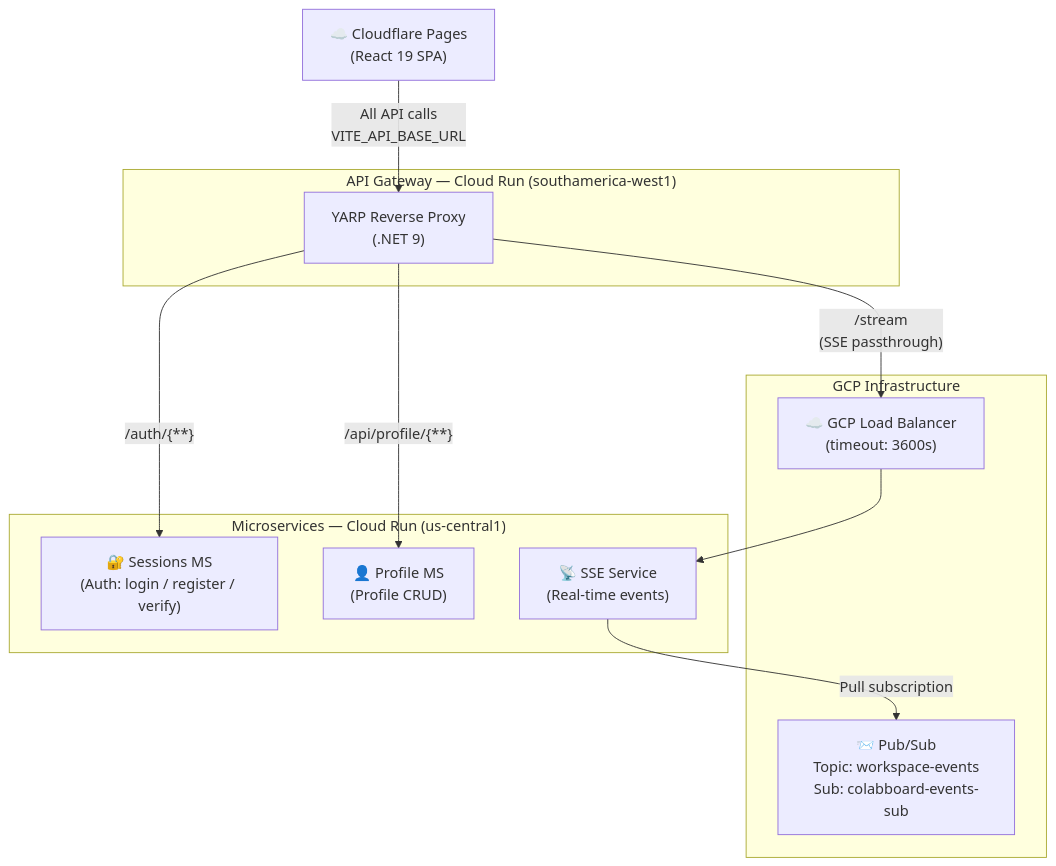
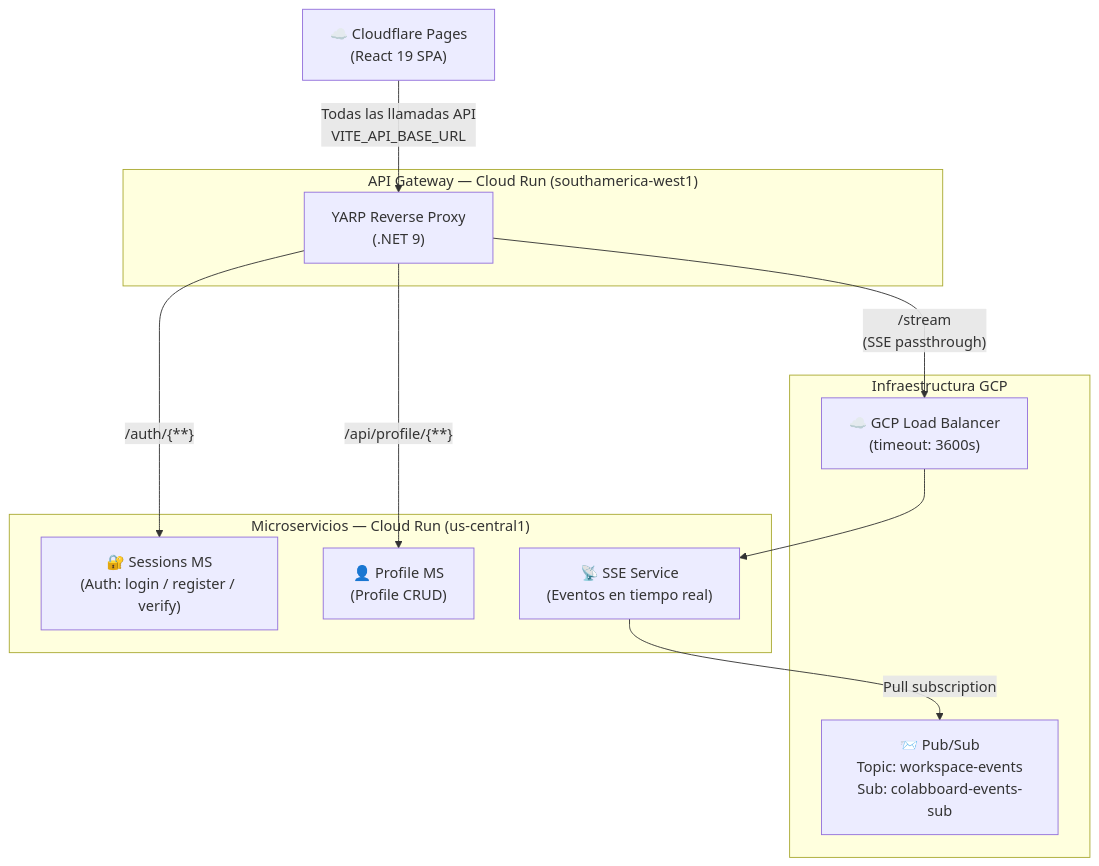
One commit to jlizarazoa/ColabBoard_Docs changed the first of 2 diagrams in docs/overview/architecture.md. Above: the diagram before and after it, drawn with Mermaid. The commit also changed other lines of this file and 29 other files, not shown here.

````diff
--- a/docs/overview/architecture.md
+++ b/docs/overview/architecture.md
@@ -13,26 +13,26 @@
 ```mermaid
 graph TB
     CF["☁️ Cloudflare Pages\n(React 19 SPA)"]
 
     subgraph GW["API Gateway — Cloud Run (southamerica-west1)"]
         YARP["YARP Reverse Proxy\n(.NET 9)"]
     end
 
-    subgraph Services["Microservices — Cloud Run (us-central1)"]
+    subgraph Services["Microservicios — Cloud Run (us-central1)"]
         SessionsMS["🔐 Sessions MS\n(Auth: login / register / verify)"]
         ProfileMS["👤 Profile MS\n(Profile CRUD)"]
-        SSEService["📡 SSE Service\n(Real-time events)"]
+        SSEService["📡 SSE Service\n(Eventos en tiempo real)"]
     end
 
-    subgraph GCP["GCP Infrastructure"]
+    subgraph GCP["Infraestructura GCP"]
         PubSub["📨 Pub/Sub\nTopic: workspace-events\nSub: colabboard-events-sub"]
         LB["☁️ GCP Load Balancer\n(timeout: 3600s)"]
     end
 
-    CF -->|"All API calls\nVITE_API_BASE_URL"| YARP
+    CF -->|"Todas las llamadas API\nVITE_API_BASE_URL"| YARP
     YARP -->|"/auth/{**}"| SessionsMS
     YARP -->|"/api/profile/{**}"| ProfileMS
     YARP -->|"/stream\n(SSE passthrough)"| LB
     LB --> SSEService
     SSEService -->|"Pull subscription"| PubSub
 ```
````
